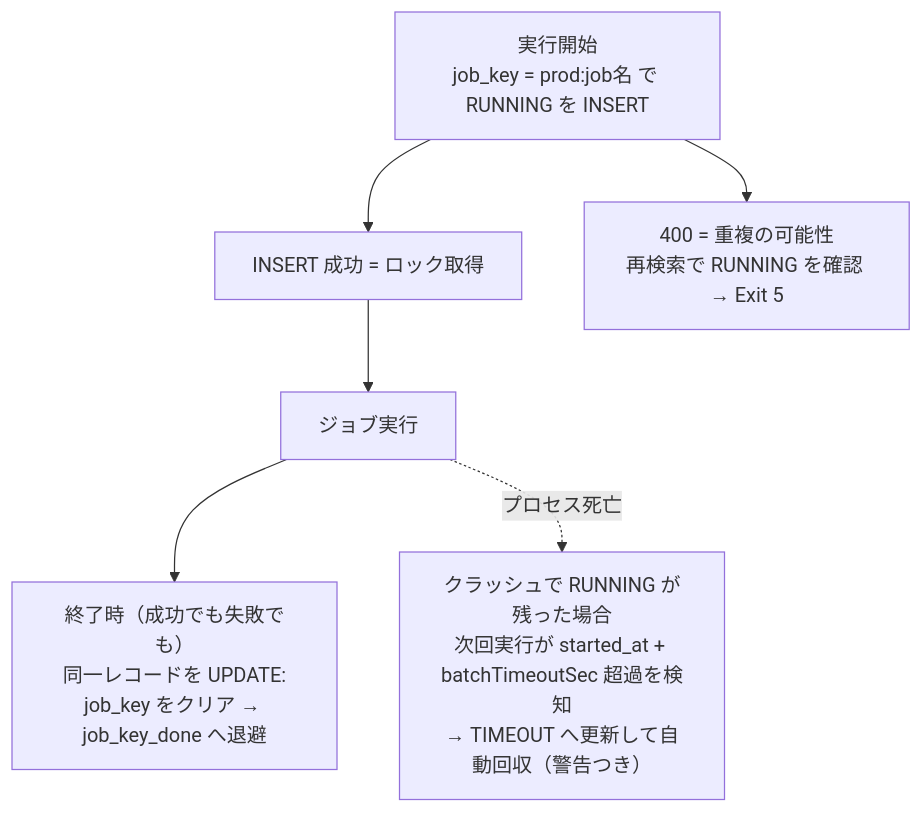
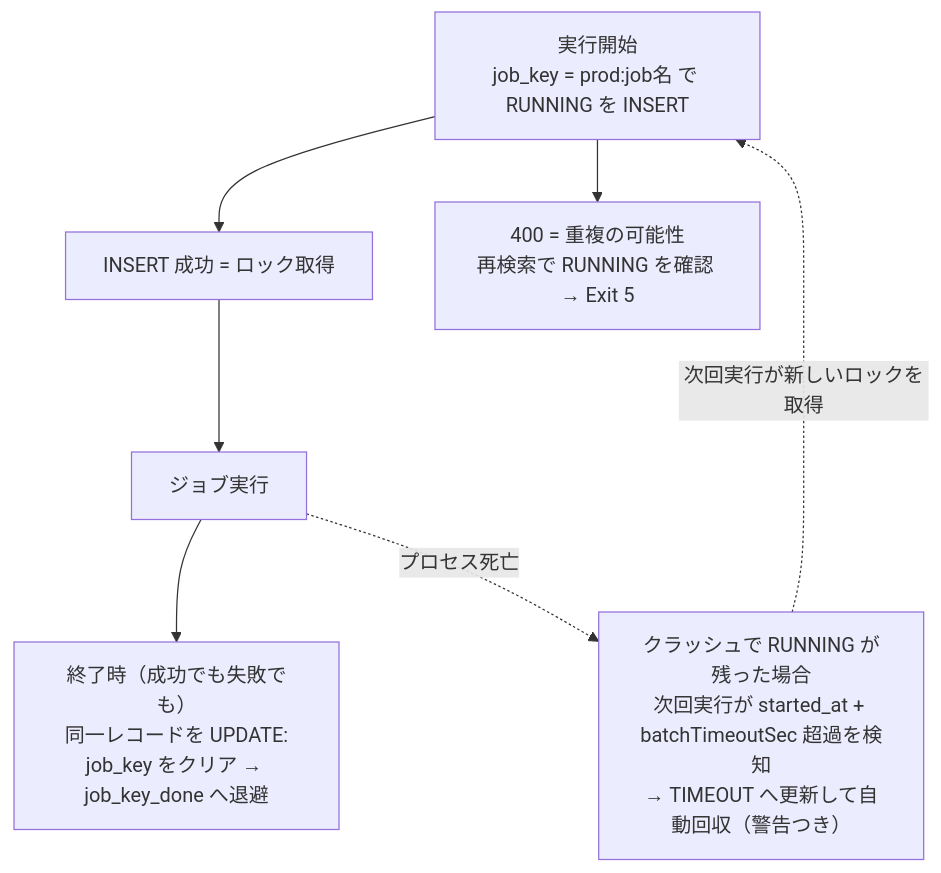
One commit to rex0220/ksql-flow changed the diagram in docs/internal/qiita_draft_11_distributed_lock.md. Above: the diagram before and after it, drawn with Mermaid. The commit also changed other lines of this file and 3 other files, not shown here.

````diff
--- a/docs/internal/qiita_draft_11_distributed_lock.md
+++ b/docs/internal/qiita_draft_11_distributed_lock.md
@@ -70,13 +76,14 @@
 ```mermaid
 flowchart TB
     ACQ["実行開始<br>job_key = prod:job名 で RUNNING を INSERT"]
     OK["INSERT 成功 = ロック取得"]
     NG["400 = 重複の可能性<br>再検索で RUNNING を確認 → Exit 5"]
     RUN["ジョブ実行"]
     REL["終了時（成功でも失敗でも）<br>同一レコードを UPDATE:<br>job_key をクリア → job_key_done へ退避"]
     STALE["クラッシュで RUNNING が残った場合<br>次回実行が started_at + batchTimeoutSec 超過を検知<br>→ TIMEOUT へ更新して自動回収（警告つき）"]
 
     ACQ --> OK --> RUN --> REL
     ACQ --> NG
     RUN -.->|"プロセス死亡"| STALE
+    STALE -.->|"次回実行が新しいロックを取得"| ACQ
 ```
````
